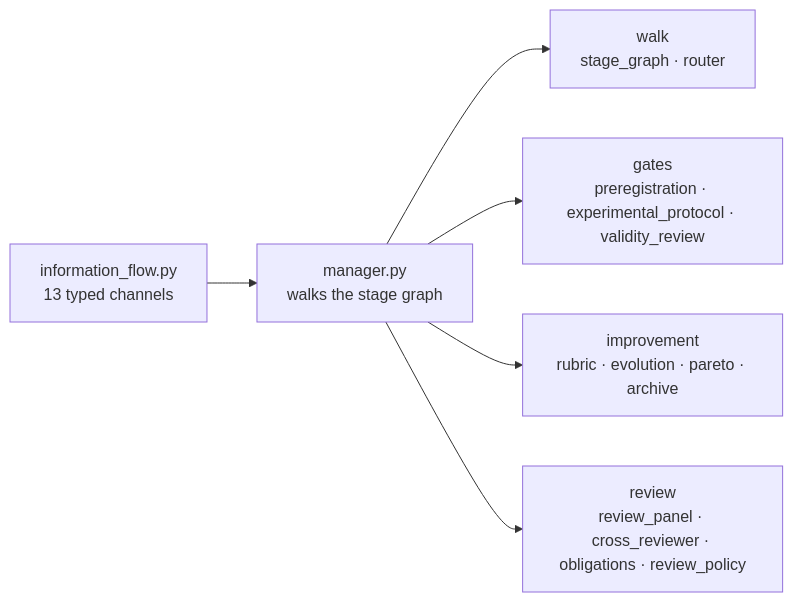
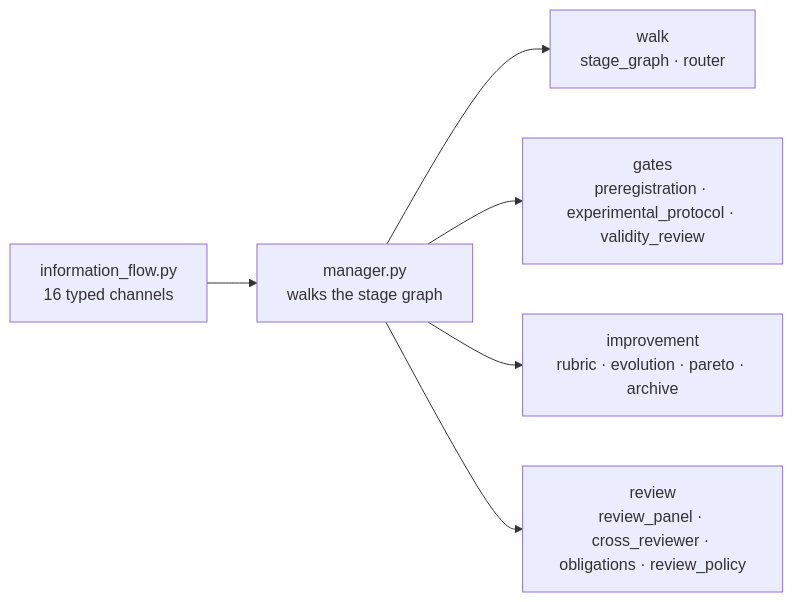
The second of 2 diagrams in README.md (tangxiangru/AutoR), drawn with Mermaid before and after one commit. The commit also changed other lines of this file and 19 other files, not shown here.

````diff
--- a/README.md
+++ b/README.md
@@ -783,8 +790,8 @@
 ```mermaid
 flowchart LR
-    C[information_flow.py<br/>13 typed channels] --> M
+    C[information_flow.py<br/>16 typed channels] --> M
     M[manager.py<br/>walks the stage graph] --> W[walk<br/>stage_graph · router]
     M --> G[gates<br/>preregistration · experimental_protocol · validity_review]
     M --> I[improvement<br/>rubric · evolution · pareto · archive]
     M --> R[review<br/>review_panel · cross_reviewer · obligations · review_policy]
 ```
````
